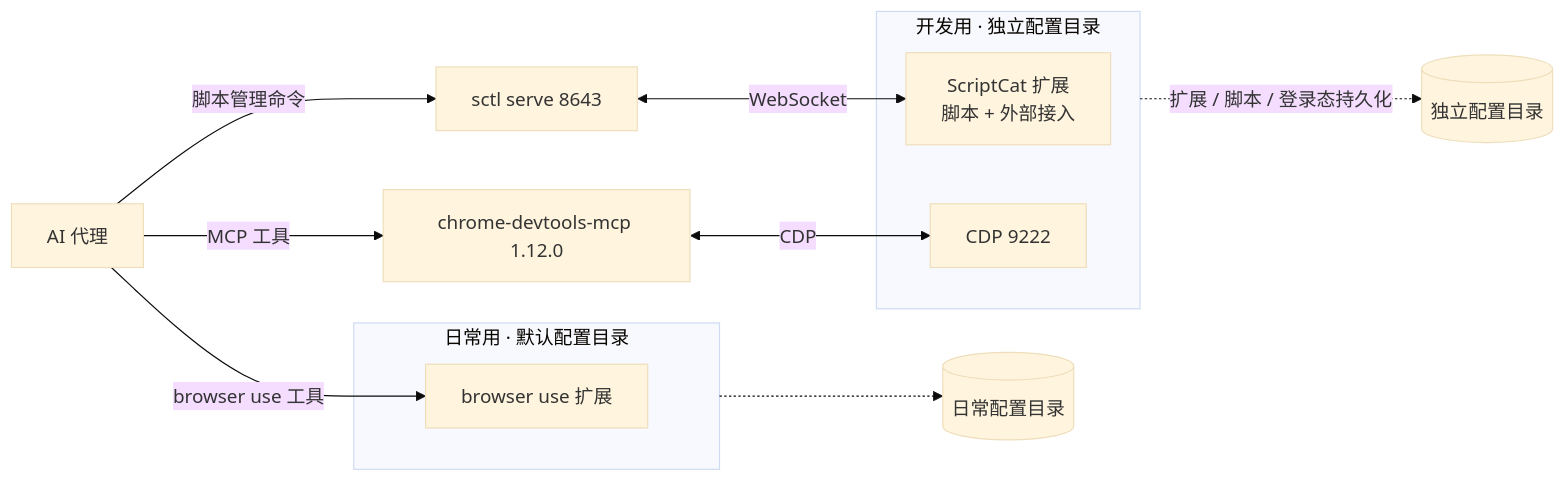
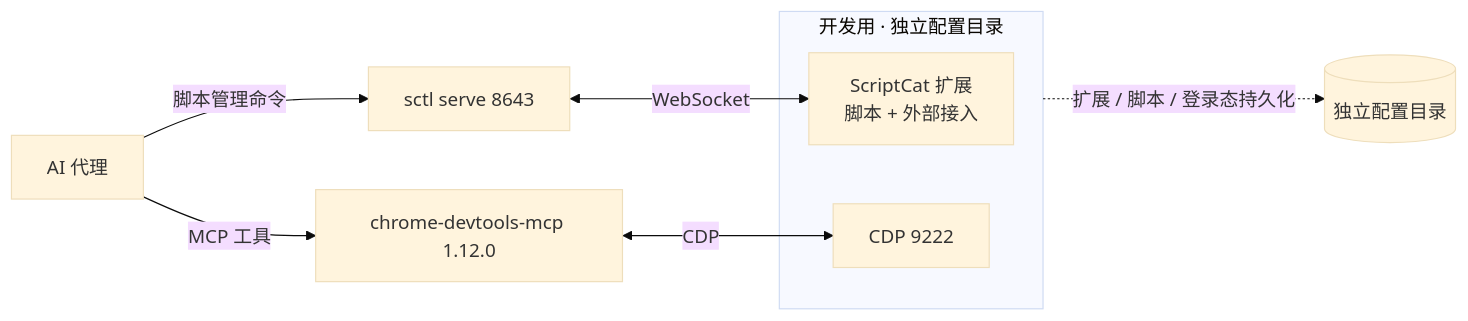
One commit to HANJP98/scriptcat-dev-env-skill changed the diagram in README.md. Above: the diagram before and after it, drawn with Mermaid (base theme). The commit also changed other lines of this file and 4 other files, not shown here.

````diff
--- a/README.md
+++ b/README.md
@@ -48,22 +46,17 @@
 ```mermaid
 flowchart LR
   subgraph DEV["开发用 · 独立配置目录"]
     SC["ScriptCat 扩展<br/>脚本 + 外部接入"]
     CDP["CDP 9222"]
-  end
-  subgraph DAILY["日常用 · 默认配置目录"]
-    BU["browser use 扩展"]
   end
   AI["AI 代理"]
   MCP["chrome-devtools-mcp 1.12.0"]
   SCTL["sctl serve 8643"]
 
   AI -->|"脚本管理命令"| SCTL
   SCTL <-->|WebSocket| SC
   AI -->|MCP 工具| MCP
   MCP <-->|CDP| CDP
-  AI -->|"browser use 工具"| BU
 
   DEV -.->|"扩展 / 脚本 / 登录态持久化"| P[("独立配置目录")]
-  DAILY -.-> P2[("日常配置目录")]
 ```
````
